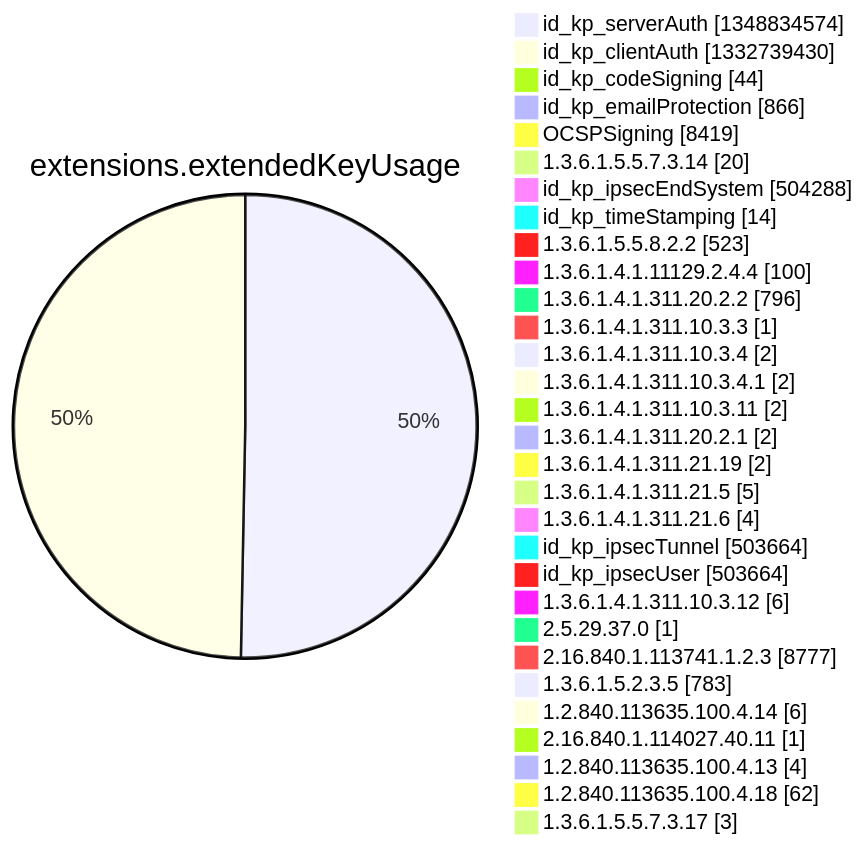
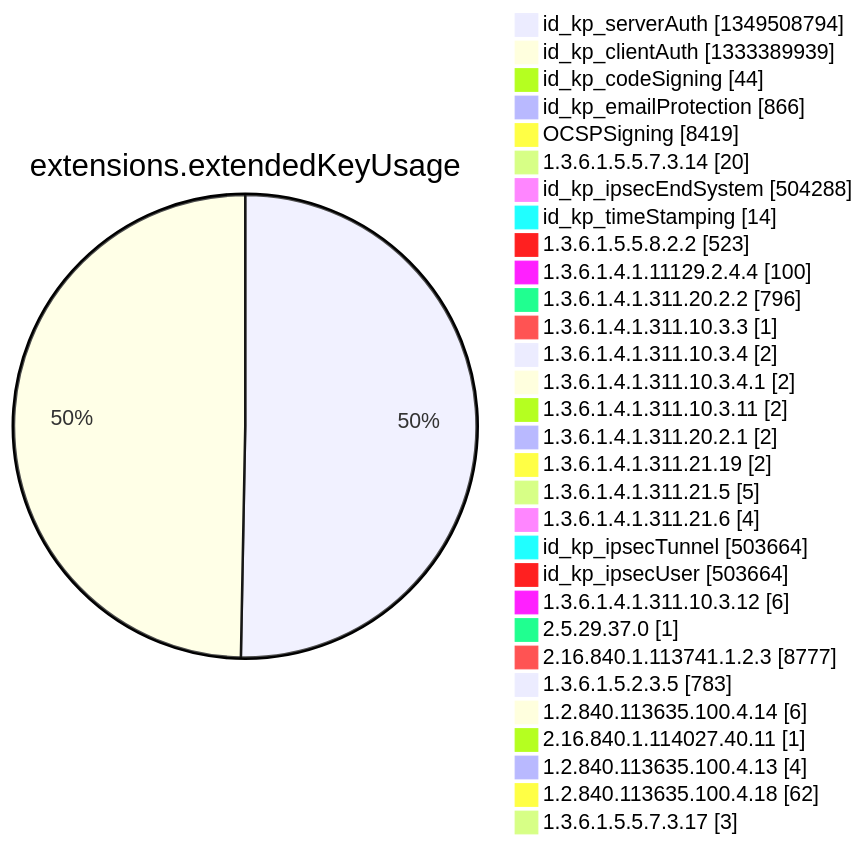
One commit to christiankrug/ctmonitor_visualization changed diagram 12 of 15 in argon2022/README.md. Above: the diagram before and after it, drawn with Mermaid. The commit also changed other lines of this file, not shown here.

````diff
--- a/argon2022/README.md
+++ b/argon2022/README.md
@@ -3553,34 +3553,34 @@
 ```mermaid
 pie showData
 title extensions.extendedKeyUsage
-"id_kp_serverAuth" :1348834574
-"id_kp_clientAuth" :1332739430
+"id_kp_serverAuth" :1349508794
+"id_kp_clientAuth" :1333389939
 "id_kp_codeSigning" :44
 "id_kp_emailProtection" :866
 "OCSPSigning" :8419
 "1.3.6.1.5.5.7.3.14" :20
 "id_kp_ipsecEndSystem" :504288
 "id_kp_timeStamping" :14
 "1.3.6.1.5.5.8.2.2" :523
 "1.3.6.1.4.1.11129.2.4.4" :100
 "1.3.6.1.4.1.311.20.2.2" :796
 "1.3.6.1.4.1.311.10.3.3" :1
 "1.3.6.1.4.1.311.10.3.4" :2
 "1.3.6.1.4.1.311.10.3.4.1" :2
 "1.3.6.1.4.1.311.10.3.11" :2
 "1.3.6.1.4.1.311.20.2.1" :2
 "1.3.6.1.4.1.311.21.19" :2
 "1.3.6.1.4.1.311.21.5" :5
 "1.3.6.1.4.1.311.21.6" :4
 "id_kp_ipsecTunnel" :503664
 "id_kp_ipsecUser" :503664
 "1.3.6.1.4.1.311.10.3.12" :6
 "2.5.29.37.0" :1
 "2.16.840.1.113741.1.2.3" :8777
 "1.3.6.1.5.2.3.5" :783
 "1.2.840.113635.100.4.14" :6
 "2.16.840.1.114027.40.11" :1
 "1.2.840.113635.100.4.13" :4
 "1.2.840.113635.100.4.18" :62
 "1.3.6.1.5.5.7.3.17" :3
 ```
````
